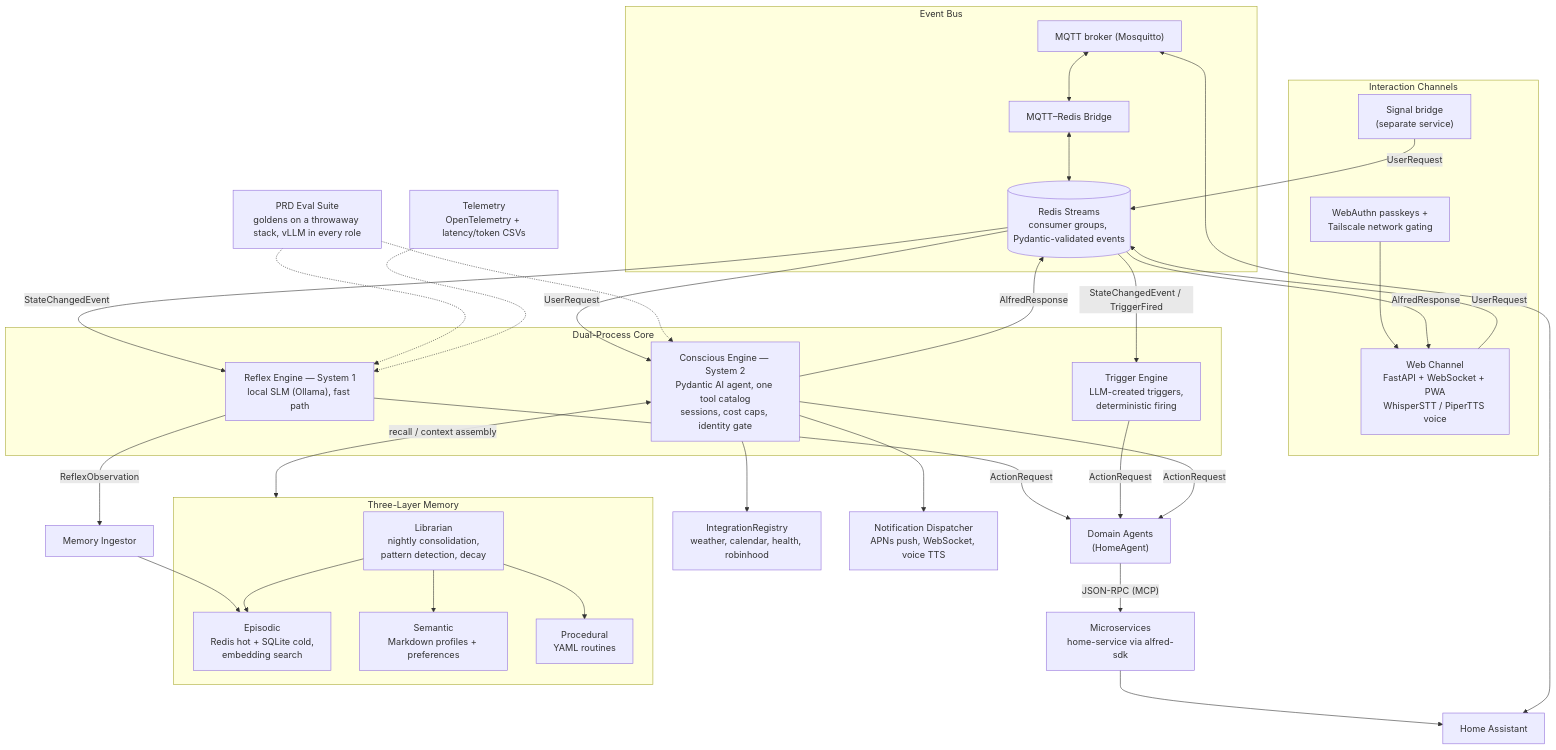
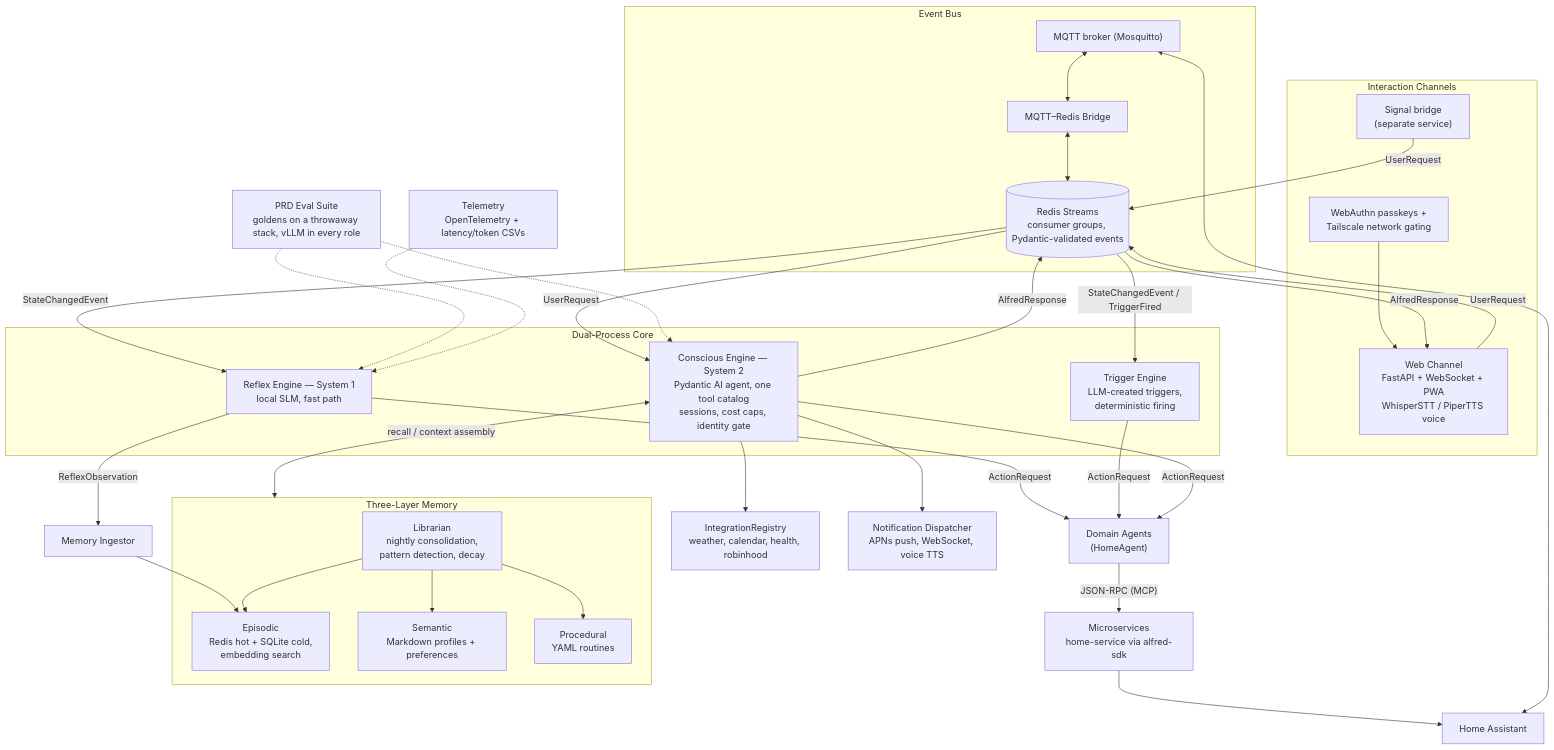
One commit to anirudhlath/alfred changed the diagram in README.md. Above: the diagram before and after it, drawn with Mermaid. The commit also changed other lines of this file and 82 other files, not shown here.

First line of the commit message:
feat(reflex)!: Reflex on Pydantic AI, Ollama removed (#407)

````diff
--- a/README.md
+++ b/README.md
@@ -18,57 +18,57 @@
 ```mermaid
 flowchart TB
     subgraph BUS["Event Bus"]
         MQTT["MQTT broker (Mosquitto)"] <--> Bridge["MQTT–Redis Bridge"]
         Bridge <--> Streams[("Redis Streams<br/>consumer groups, Pydantic-validated events")]
     end
 
     HA["Home Assistant"] <--> MQTT
 
     subgraph CHANNELS["Interaction Channels"]
         WebAuthn["WebAuthn passkeys +<br/>Tailscale network gating"] --> WebChannel
         WebChannel["Web Channel<br/>FastAPI + WebSocket + PWA<br/>WhisperSTT / PiperTTS voice"]
         SignalBridge["Signal bridge<br/>(separate service)"]
     end
 
     WebChannel -->|UserRequest| Streams
     SignalBridge -->|UserRequest| Streams
     Streams -->|AlfredResponse| WebChannel
 
     subgraph CORE["Dual-Process Core"]
-        Reflex["Reflex Engine — System 1<br/>local SLM (Ollama), fast path"]
+        Reflex["Reflex Engine — System 1<br/>local SLM, fast path"]
         Triggers["Trigger Engine<br/>LLM-created triggers,<br/>deterministic firing"]
         Conscious["Conscious Engine — System 2<br/>Pydantic AI agent, one tool catalog<br/>sessions, cost caps, identity gate"]
     end
 
     Streams -->|StateChangedEvent| Reflex
     Streams -->|StateChangedEvent / TriggerFired| Triggers
     Streams -->|UserRequest| Conscious
     Conscious -->|AlfredResponse| Streams
 
     Reflex -->|ActionRequest| Agents
     Triggers -->|ActionRequest| Agents
     Conscious -->|ActionRequest| Agents
 
     Agents["Domain Agents<br/>(HomeAgent)"] -->|"JSON-RPC (MCP)"| Services["Microservices<br/>home-service via alfred-sdk"]
     Services --> HA
 
     subgraph MEMORY["Three-Layer Memory"]
         Episodic["Episodic<br/>Redis hot + SQLite cold,<br/>embedding search"]
         Semantic["Semantic<br/>Markdown profiles + preferences"]
         Procedural["Procedural<br/>YAML routines"]
         Librarian["Librarian<br/>nightly consolidation,<br/>pattern detection, decay"]
     end
 
     Reflex -->|ReflexObservation| Ingestor["Memory Ingestor"] --> Episodic
     Conscious <-->|recall / context assembly| MEMORY
     Librarian --> Episodic
     Librarian --> Semantic
     Librarian --> Procedural
 
     Conscious --> Integrations["IntegrationRegistry<br/>weather, calendar, health, robinhood"]
     Conscious --> Notify["Notification Dispatcher<br/>APNs push, WebSocket, voice TTS"]
 
     Evals["PRD Eval Suite<br/>goldens on a throwaway stack, vLLM in every role"] -.-> Reflex
     Evals -.-> Conscious
     Telemetry["Telemetry<br/>OpenTelemetry + latency/token CSVs"] -.-> Reflex
 ```
````
